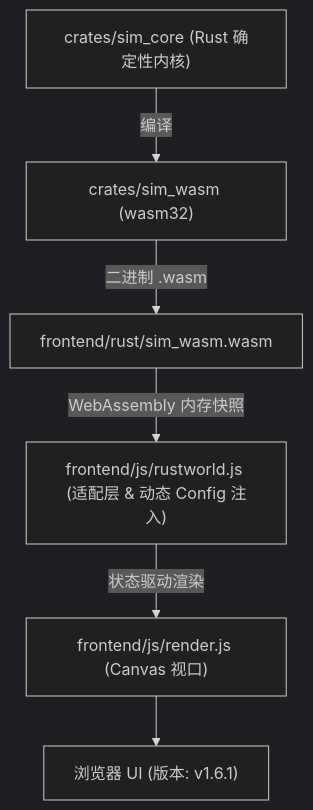
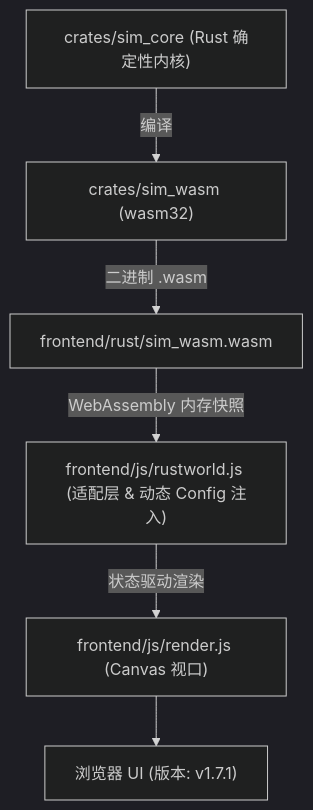
Before and after one commit to g39088902/FlowAndAccord: the diagram in AGENTS.md, drawn with Mermaid (dark theme). The commit also changed other lines of this file and 33 other files, not shown here.

````diff
--- a/AGENTS.md
+++ b/AGENTS.md
@@ -50,8 +50,8 @@
 ```mermaid
 graph TD
     A["crates/sim_core (Rust 确定性内核)"] -->|编译| B["crates/sim_wasm (wasm32)"]
     B -->|二进制 .wasm| C["frontend/rust/sim_wasm.wasm"]
     C -->|WebAssembly 内存快照| D["frontend/js/rustworld.js (适配层 & 动态 Config 注入)"]
     D -->|状态驱动渲染| E["frontend/js/render.js (Canvas 视口)"]
-    E --> F["浏览器 UI (版本: v1.6.1)"]
+    E --> F["浏览器 UI (版本: v1.7.1)"]
 ```
````
